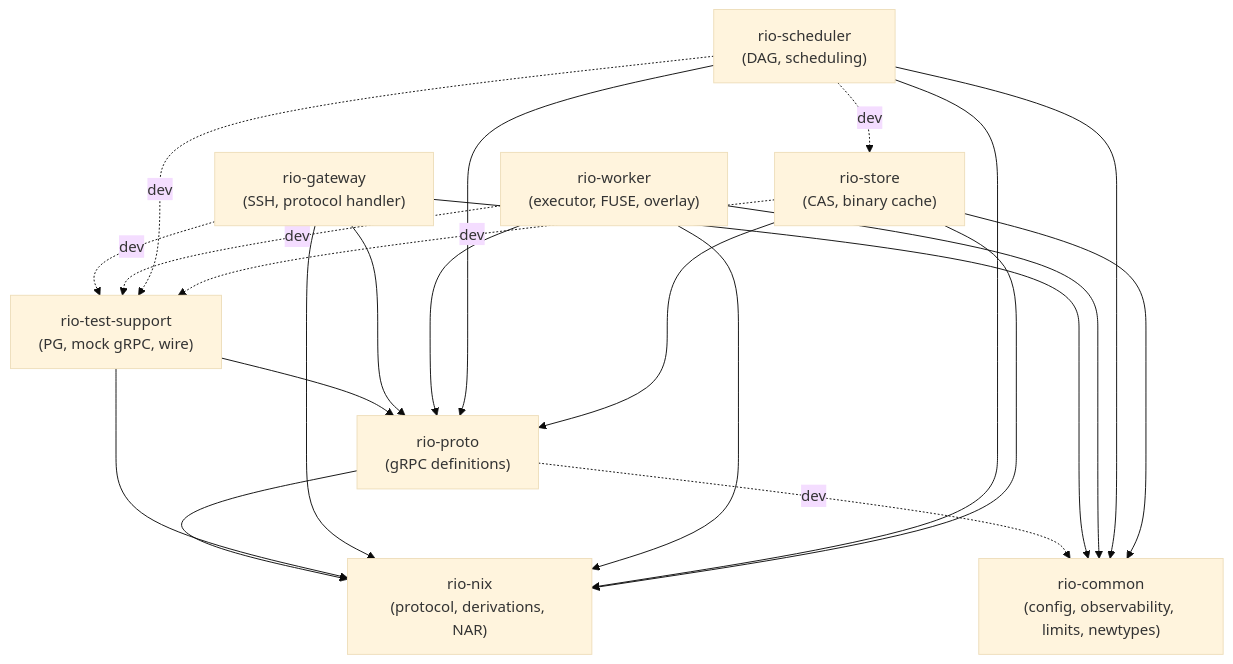
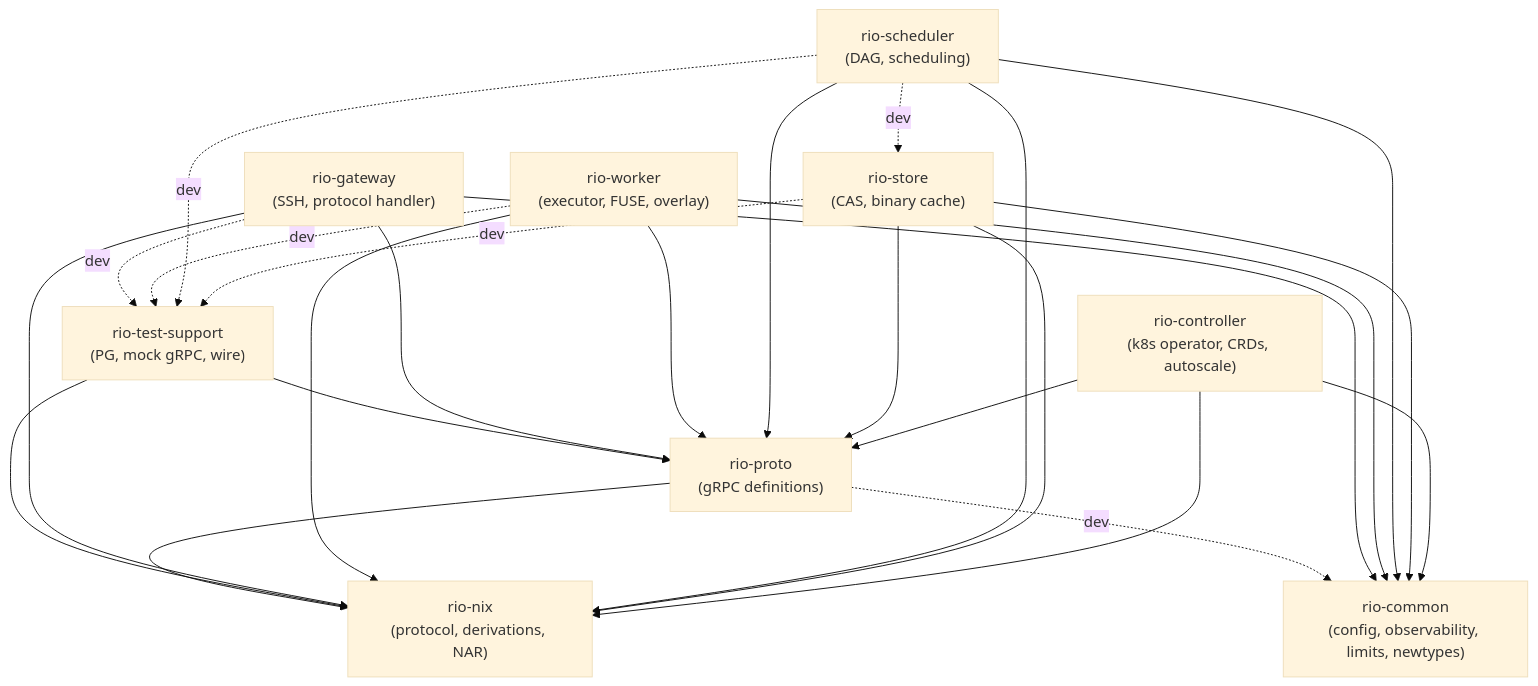
The diagram in docs/src/crate-structure.md (Mic92/rio-build), drawn with Mermaid (base theme) before and after one commit. The commit also changed other lines of this file, not shown here.

````diff
--- a/docs/src/crate-structure.md
+++ b/docs/src/crate-structure.md
@@ -27,38 +26,43 @@
 ```mermaid
 graph TD
     rio-common["rio-common<br/>(config, observability, limits, newtypes)"]
     rio-nix["rio-nix<br/>(protocol, derivations, NAR)"]
     rio-proto["rio-proto<br/>(gRPC definitions)"]
     rio-test-support["rio-test-support<br/>(PG, mock gRPC, wire)"]
     rio-store["rio-store<br/>(CAS, binary cache)"]
     rio-scheduler["rio-scheduler<br/>(DAG, scheduling)"]
     rio-gateway["rio-gateway<br/>(SSH, protocol handler)"]
     rio-worker["rio-worker<br/>(executor, FUSE, overlay)"]
+    rio-controller["rio-controller<br/>(k8s operator, CRDs, autoscale)"]
 
     rio-proto --> rio-nix
     rio-proto -.->|dev| rio-common
 
     rio-test-support --> rio-nix
     rio-test-support --> rio-proto
 
     rio-gateway --> rio-nix
     rio-gateway --> rio-proto
     rio-gateway --> rio-common
     rio-gateway -.->|dev| rio-test-support
 
     rio-worker --> rio-nix
     rio-worker --> rio-proto
     rio-worker --> rio-common
     rio-worker -.->|dev| rio-test-support
 
     rio-scheduler --> rio-nix
     rio-scheduler --> rio-proto
     rio-scheduler --> rio-common
     rio-scheduler -.->|dev| rio-store
     rio-scheduler -.->|dev| rio-test-support
 
     rio-store --> rio-nix
     rio-store --> rio-proto
     rio-store --> rio-common
     rio-store -.->|dev| rio-test-support
+
+    rio-controller --> rio-nix
+    rio-controller --> rio-proto
+    rio-controller --> rio-common
 ```
````
